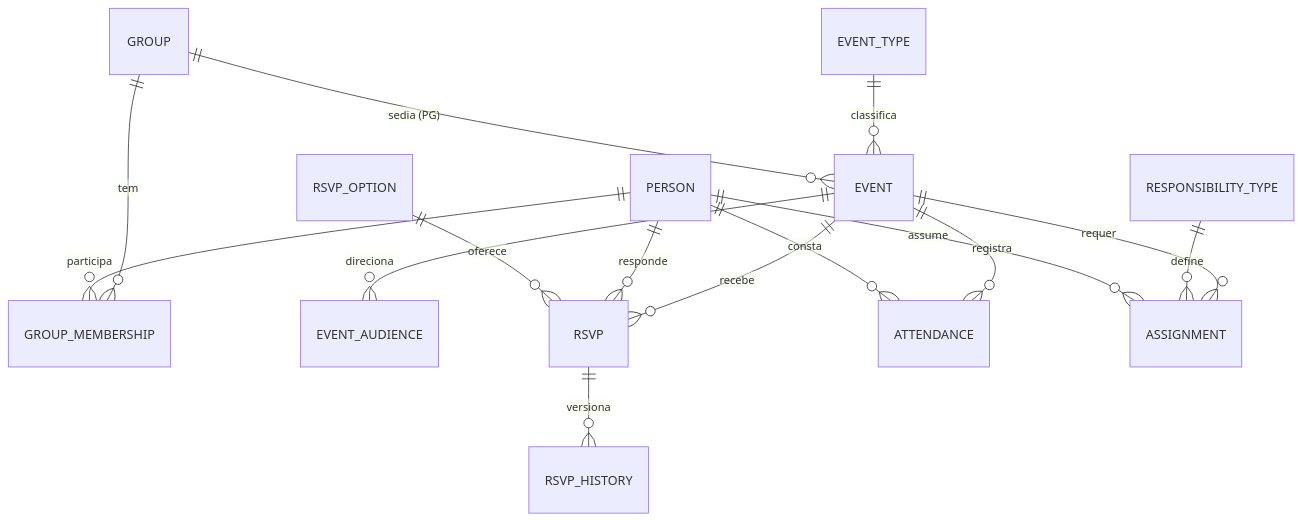
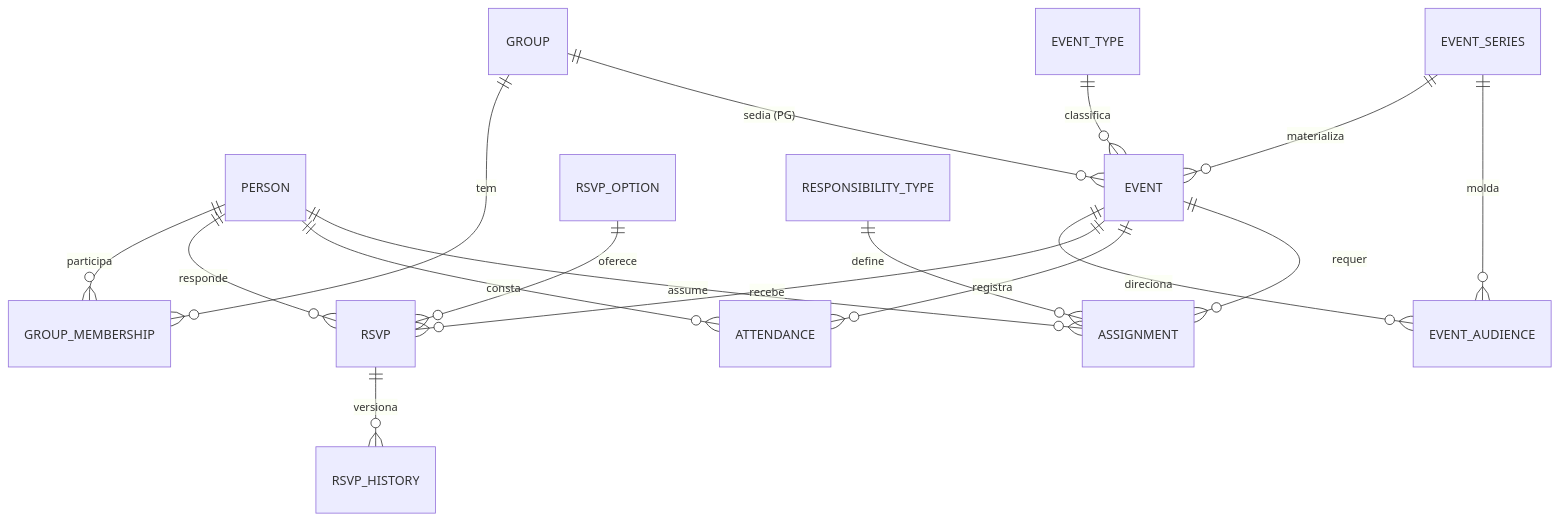
Before and after one commit to DelcioFDNeto/EaglesApp: the second of 4 diagrams in docs/00-descoberta-e-arquitetura.md, drawn with Mermaid. The commit also changed other lines of this file and 56 other files, not shown here.

````diff
--- a/docs/00-descoberta-e-arquitetura.md
+++ b/docs/00-descoberta-e-arquitetura.md
@@ -598,17 +598,19 @@
 ```mermaid
 erDiagram
     GROUP ||--o{ GROUP_MEMBERSHIP : tem
     PERSON ||--o{ GROUP_MEMBERSHIP : participa
     EVENT_TYPE ||--o{ EVENT : classifica
+    EVENT_SERIES ||--o{ EVENT : materializa
+    EVENT_SERIES ||--o{ EVENT_AUDIENCE : molda
     EVENT ||--o{ EVENT_AUDIENCE : direciona
     GROUP ||--o{ EVENT : "sedia (PG)"
     EVENT ||--o{ RSVP : recebe
     PERSON ||--o{ RSVP : responde
     RSVP_OPTION ||--o{ RSVP : oferece
     RSVP ||--o{ RSVP_HISTORY : versiona
     EVENT ||--o{ ATTENDANCE : registra
     PERSON ||--o{ ATTENDANCE : consta
     EVENT ||--o{ ASSIGNMENT : requer
     RESPONSIBILITY_TYPE ||--o{ ASSIGNMENT : define
     PERSON ||--o{ ASSIGNMENT : assume
 ```
````
